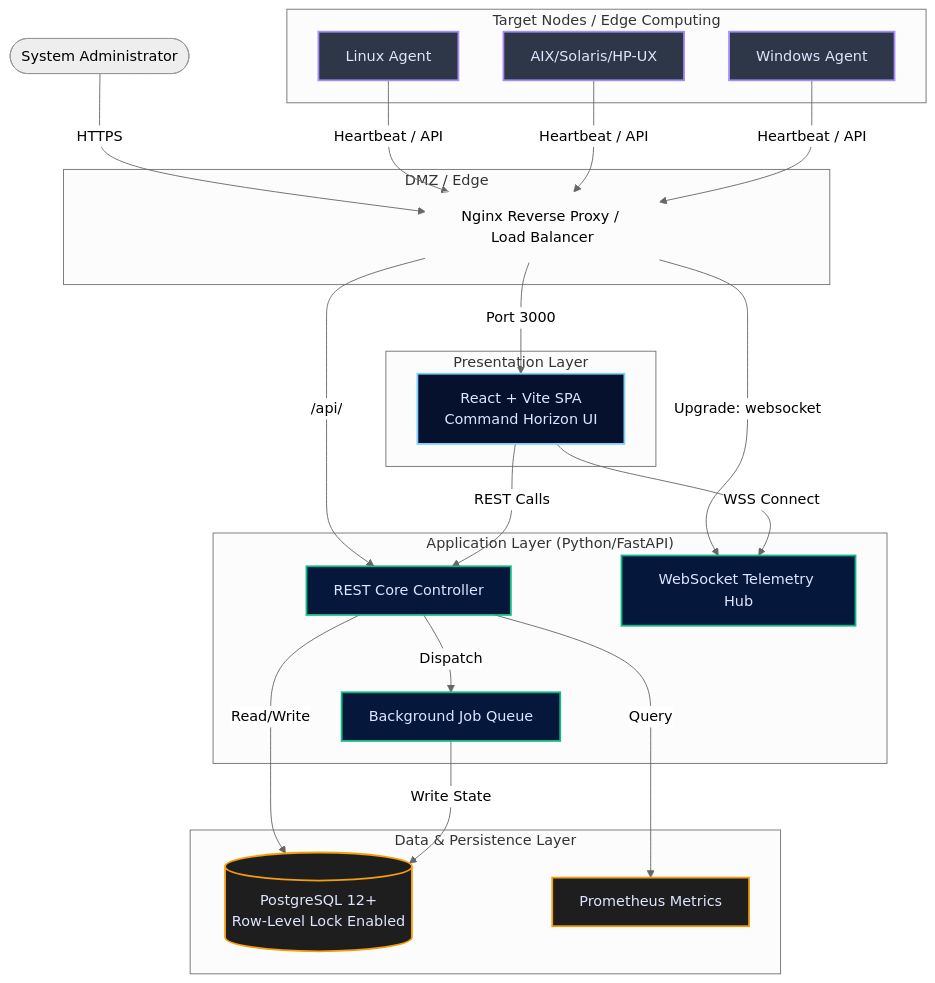
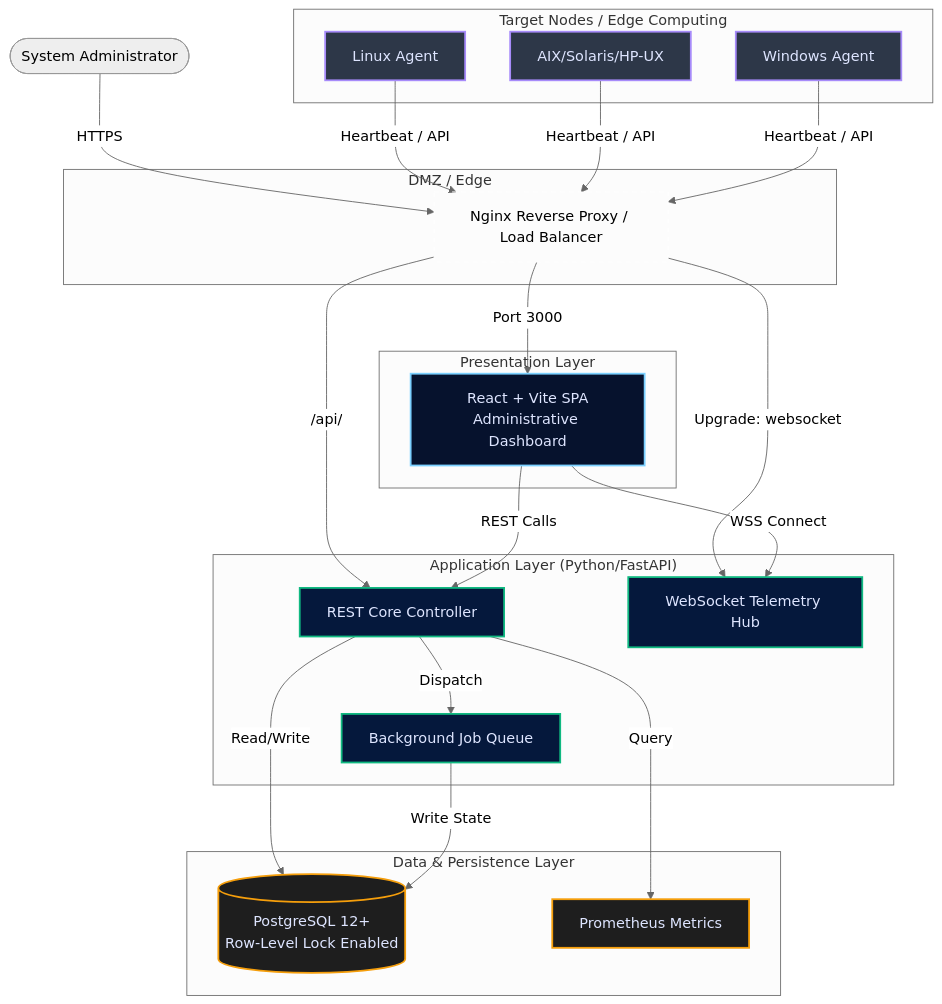
The first of 2 diagrams in README.md (patchmastertool-ai/patchmaster), drawn with Mermaid (neutral theme) before and after one commit. The commit also changed other lines of this file, not shown here.

Commit message:
docs: Update README to reflect use of legacy React dashboard instead of Stitch UI Builder

````diff
--- a/README.md
+++ b/README.md
@@ -31,55 +31,55 @@
 ```mermaid
 graph TD
     %% Define styles
     classDef frontend fill:#06122d,stroke:#7bd0ff,stroke-width:2px,color:#dee5ff;
     classDef backend fill:#05183c,stroke:#10b981,stroke-width:2px,color:#dee5ff;
     classDef db fill:#1e1e1e,stroke:#f59e0b,stroke-width:2px,color:#dee5ff;
     classDef agent fill:#2d3748,stroke:#a78bfa,stroke-width:2px,color:#dee5ff;
     classDef network fill:none,stroke:#fff,stroke-dasharray: 5 5;
     
     %% Nodes
     User([System Administrator])
     
     subgraph "DMZ / Edge"
         Nginx[Nginx Reverse Proxy / Load Balancer]:::network
     end
     
     subgraph "Presentation Layer"
-        SPA[React + Vite SPA<br/>Command Horizon UI]:::frontend
+        SPA[React + Vite SPA<br/>Administrative Dashboard]:::frontend
     end
     
     subgraph "Application Layer (Python/FastAPI)"
         API[REST Core Controller]:::backend
         WS[WebSocket Telemetry Hub]:::backend
         Tasks[Background Job Queue]:::backend
     end
     
     subgraph "Data & Persistence Layer"
         Postgres[(PostgreSQL 12+<br/>Row-Level Lock Enabled)]:::db
         Prometheus[Prometheus Metrics]:::db
     end
     
     subgraph "Target Nodes / Edge Computing"
         Linux[Linux Agent]:::agent
         Unix[AIX/Solaris/HP-UX]:::agent
         Win[Windows Agent]:::agent
     end
     
     %% Relationships
     User -- HTTPS --> Nginx
     Nginx -- Port 3000 --> SPA
     Nginx -- /api/ --> API
     Nginx -- Upgrade: websocket --> WS
     
     SPA -- REST Calls --> API
     SPA -- WSS Connect --> WS
     
     API -- Read/Write --> Postgres
     API -- Dispatch --> Tasks
     API -- Query --> Prometheus
     Tasks -- Write State --> Postgres
     
     Linux -- Heartbeat / API --> Nginx
     Unix -- Heartbeat / API --> Nginx
     Win -- Heartbeat / API --> Nginx
 ```
````
